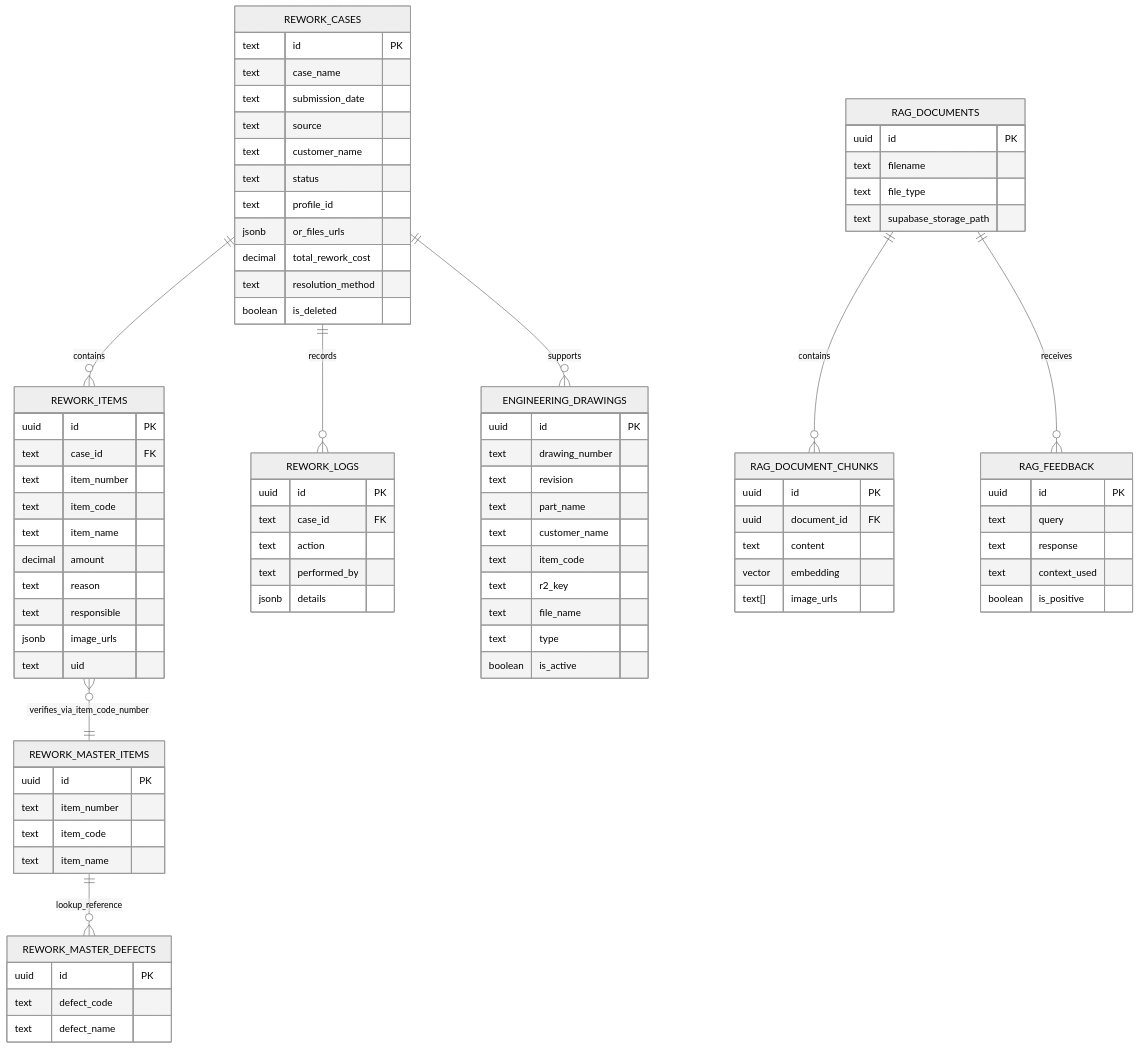
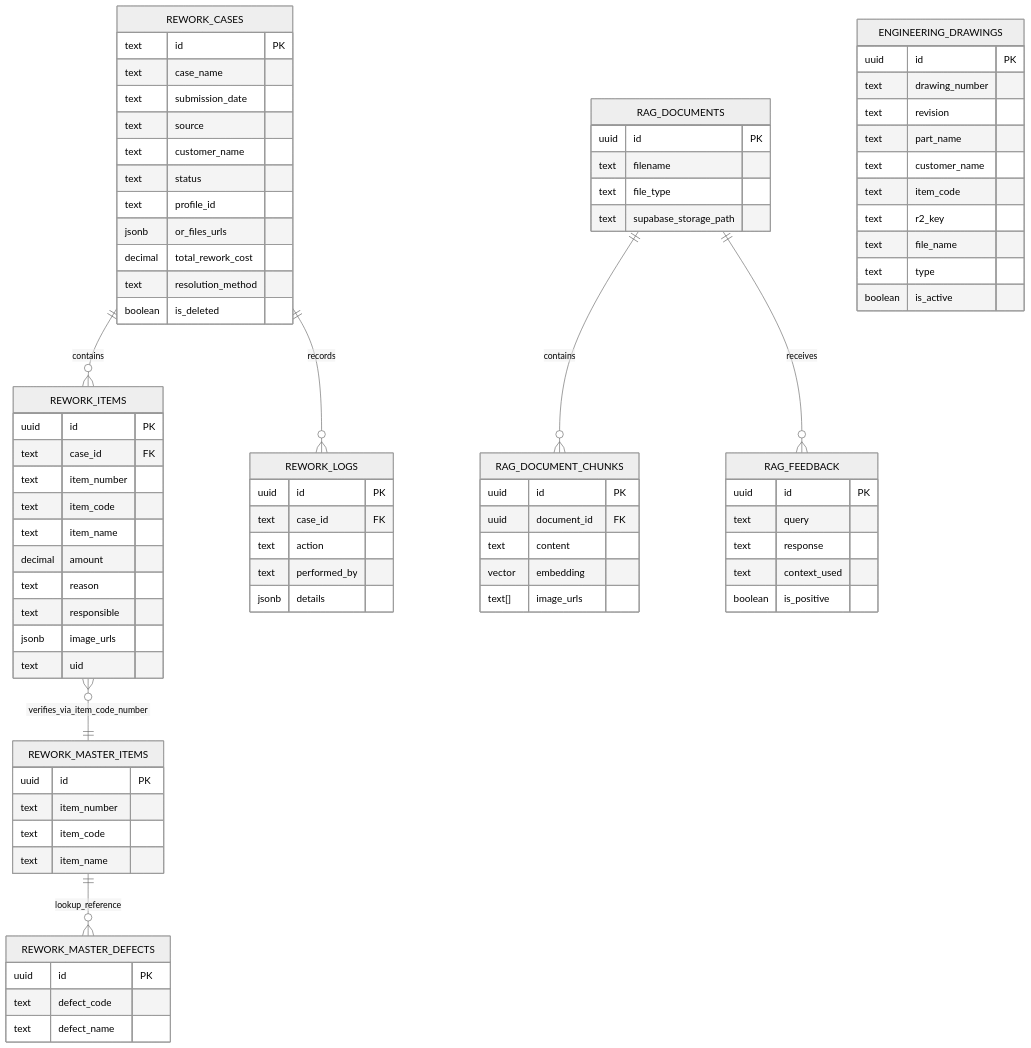
The diagram in outputs/qsms-academic-defense/rework-database-erd.md (yean30102546-rgb/QSMS_project), drawn with Mermaid (neutral theme) before and after one commit. The commit also changed 16 other files, not shown here.

Commit message:
feat: update RAG module, rework update modals, system diagrams and project docs

```diff
--- a/outputs/qsms-academic-defense/rework-database-erd.md
+++ b/outputs/qsms-academic-defense/rework-database-erd.md
@@ -8,7 +8,6 @@
 erDiagram
     REWORK_CASES ||--o{ REWORK_ITEMS : contains
     REWORK_CASES ||--o{ REWORK_LOGS : records
-    REWORK_CASES ||--o{ ENGINEERING_DRAWINGS : supports
     REWORK_ITEMS }o--|| REWORK_MASTER_ITEMS : verifies_via_item_code_number
     REWORK_MASTER_ITEMS ||--o{ REWORK_MASTER_DEFECTS : lookup_reference
     RAG_DOCUMENTS ||--o{ RAG_DOCUMENT_CHUNKS : contains
```
